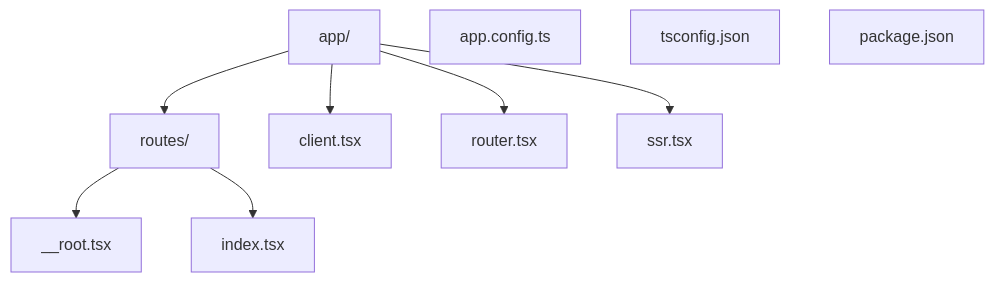
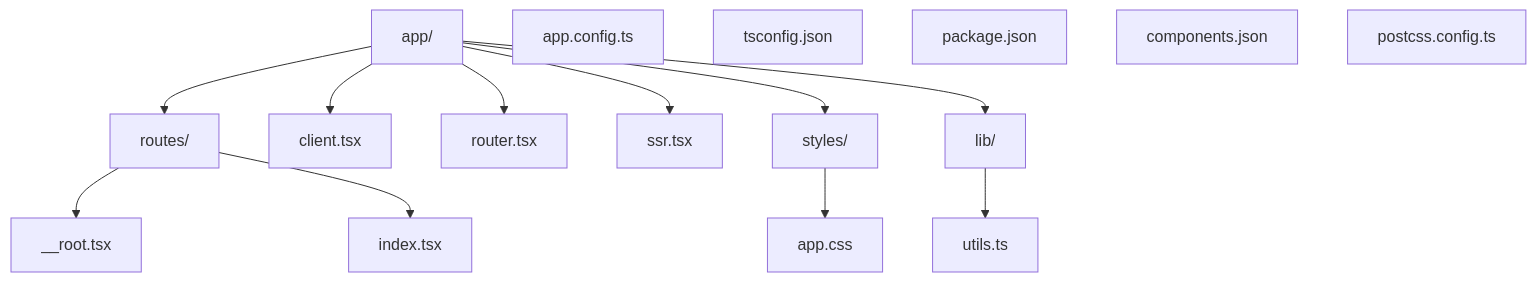
Before and after one commit to AndrewUsher/qr-generator-start: the first of 2 diagrams in README.md, drawn with Mermaid. The commit also changed other lines of this file, not shown here.

````diff
--- a/README.md
+++ b/README.md
@@ -11,12 +11,18 @@
 ```mermaid
 graph TD
     A[app/] --> B[routes/]
     A --> C[client.tsx]
     A --> D[router.tsx]
     A --> E[ssr.tsx]
-    B --> F[__root.tsx]
-    B --> G[index.tsx]
-    H[app.config.ts]
-    I[tsconfig.json]
-    J[package.json]
+    A --> F[styles/]
+    A --> G[lib/]
+    B --> H[__root.tsx]
+    B --> I[index.tsx]
+    F --> J[app.css]
+    G --> K[utils.ts]
+    L[app.config.ts]
+    M[tsconfig.json]
+    N[package.json]
+    O[components.json]
+    P[postcss.config.ts]
 ```
````
